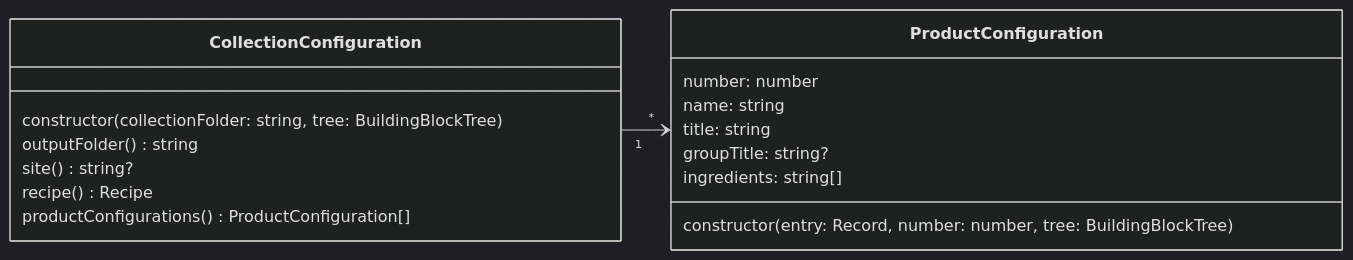
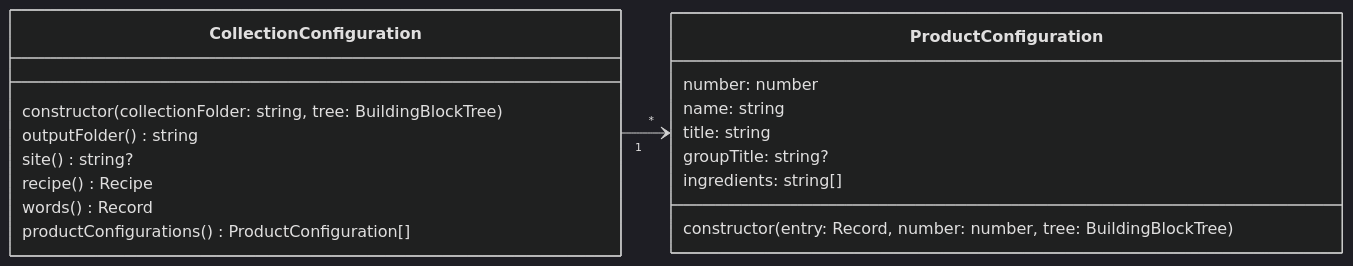
Before and after one commit to matthiasbaitsch/quarto-loi-moi: the fourth of 5 diagrams in DESIGN.md, drawn with Mermaid (dark theme). The commit also changed other lines of this file and 19 other files, not shown here.

````diff
--- a/DESIGN.md
+++ b/DESIGN.md
@@ -180,20 +180,21 @@
 ```mermaid
 classDiagram
   direction LR
   CollectionConfiguration "1" --> "*" ProductConfiguration
   class CollectionConfiguration {
     constructor(collectionFolder: string, tree: BuildingBlockTree)
     outputFolder() string
     site() string?
     recipe() Recipe
+    words() Record
     productConfigurations() ProductConfiguration[]
   }
   class ProductConfiguration {
     number: number
     name: string
     title: string
     groupTitle: string?
     ingredients: string[]
     constructor(entry: Record, number: number, tree: BuildingBlockTree)
   }
 ```
````
